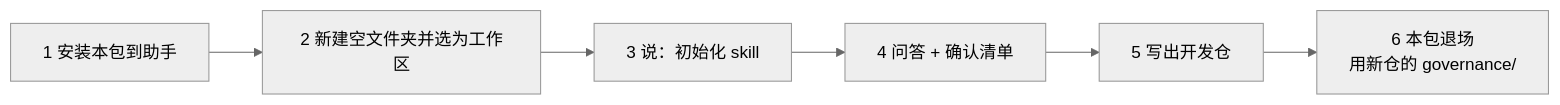
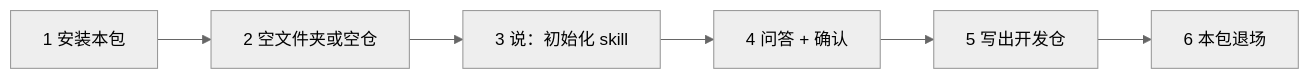
The diagram in README.md (qiusuo0226/skill-devkit-skill), drawn with Mermaid (neutral theme) before and after one commit. The commit also changed other lines of this file and 28 other files, not shown here.

````diff
--- a/README.md
+++ b/README.md
@@ -17,8 +17,8 @@
 ```mermaid
 flowchart LR
-    A["1 安装本包到助手"] --> B["2 新建空文件夹并选为工作区"]
+    A["1 安装本包"] --> B["2 空文件夹或空仓"]
     B --> C["3 说：初始化 skill"]
-    C --> D["4 问答 + 确认清单"]
+    C --> D["4 问答 + 确认"]
     D --> E["5 写出开发仓"]
-    E --> F["6 本包退场\n用新仓的 governance/"]
+    E --> F["6 本包退场"]
 ```
````
